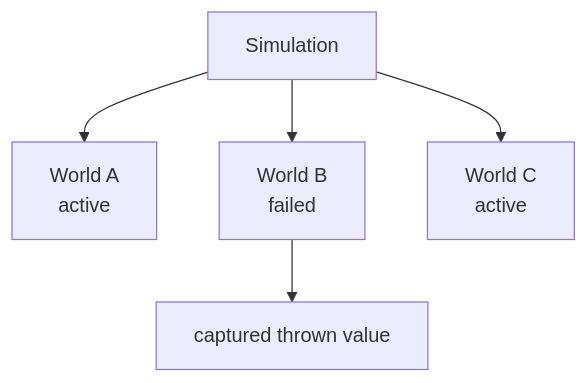
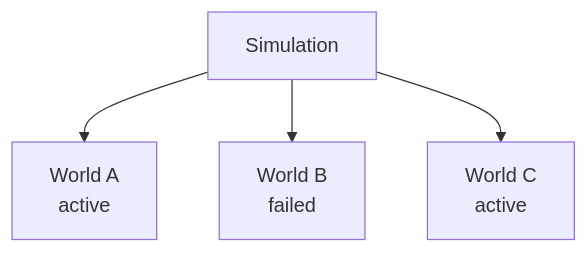
Before and after one commit to fa-ribeiro/vLab2D: the sixth of 11 diagrams in docs/architecture/README.md, drawn with Mermaid. The commit also changed other lines of this file and 4 other files, not shown here.

Commit message:
docs: reconcile phase 2 architecture

````diff
--- a/docs/architecture/README.md
+++ b/docs/architecture/README.md
@@ -469,13 +425,11 @@
 ```mermaid
 flowchart TD
     SIM["Simulation"]
     W1["World A<br/>active"]
     W2["World B<br/>failed"]
     W3["World C<br/>active"]
-    ERR["captured thrown value"]
 
     SIM --> W1
     SIM --> W2
     SIM --> W3
-    W2 --> ERR
 ```
````
